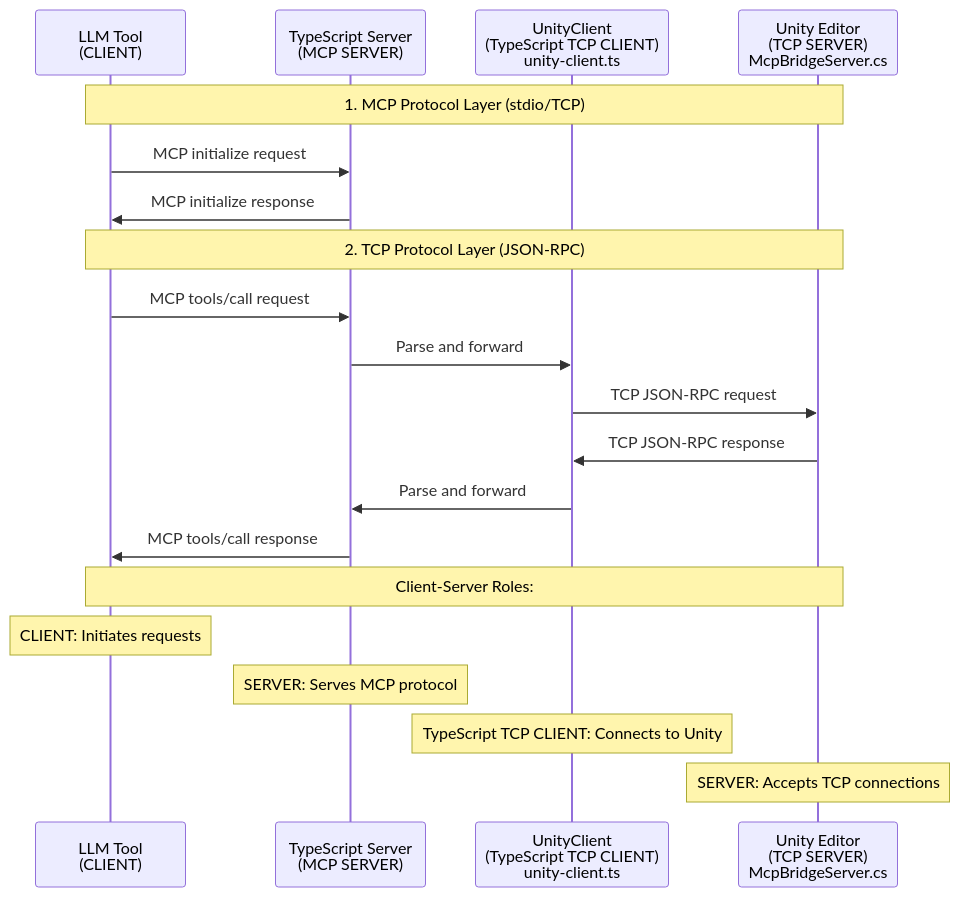
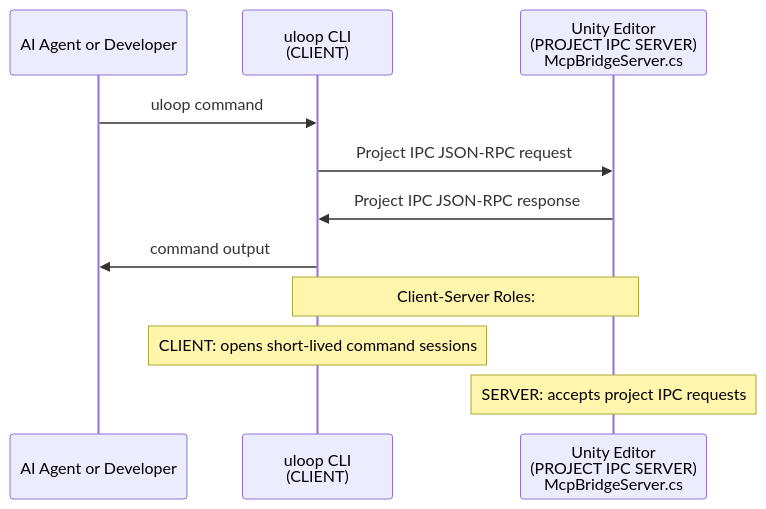
The third of 7 diagrams in Packages/docs/ARCHITECTURE_Unity.md (hatayama/uLoopMCP), drawn with Mermaid before and after one commit. The commit also changed other lines of this file and 38 other files, not shown here.

First line of the commit message:
Remove MCP client display and notifications

````diff
--- a/Packages/docs/ARCHITECTURE_Unity.md
+++ b/Packages/docs/ARCHITECTURE_Unity.md
@@ -83,25 +59,15 @@
 ```mermaid
 sequenceDiagram
-    participant LLM as LLM Tool<br/>(CLIENT)
-    participant TS as TypeScript Server<br/>(MCP SERVER)
-    participant UC as UnityClient<br/>(TypeScript TCP CLIENT)<br/>unity-client.ts
-    participant Unity as Unity Editor<br/>(TCP SERVER)<br/>McpBridgeServer.cs
+    participant Agent as AI Agent or Developer
+    participant CLI as uloop CLI<br/>(CLIENT)
+    participant Unity as Unity Editor<br/>(PROJECT IPC SERVER)<br/>McpBridgeServer.cs
     
-    Note over LLM, Unity: 1. MCP Protocol Layer (stdio/TCP)
-    LLM->>TS: MCP initialize request
-    TS->>LLM: MCP initialize response
+    Agent->>CLI: uloop command
+    CLI->>Unity: Project IPC JSON-RPC request
+    Unity->>CLI: Project IPC JSON-RPC response
+    CLI->>Agent: command output
     
-    Note over LLM, Unity: 2. TCP Protocol Layer (JSON-RPC)
-    LLM->>TS: MCP tools/call request
-    TS->>UC: Parse and forward
-    UC->>Unity: TCP JSON-RPC request
-    Unity->>UC: TCP JSON-RPC response
-    UC->>TS: Parse and forward
-    TS->>LLM: MCP tools/call response
-    
-    Note over LLM, Unity: Client-Server Roles:
-    Note over LLM: CLIENT: Initiates requests
-    Note over TS: SERVER: Serves MCP protocol
-    Note over UC: TypeScript TCP CLIENT: Connects to Unity
-    Note over Unity: SERVER: Accepts TCP connections
+    Note over CLI, Unity: Client-Server Roles:
+    Note over CLI: CLIENT: opens short-lived command sessions
+    Note over Unity: SERVER: accepts project IPC requests
 ```
````
